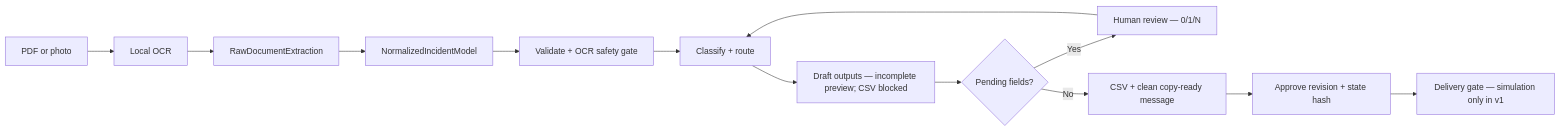
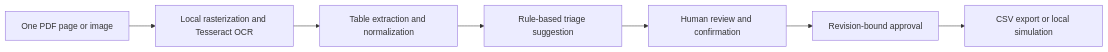
The diagram in README.md (JoaoMiltzarek/security-shift-intake), drawn with Mermaid before and after one commit. The commit also changed other lines of this file and 2 other files, not shown here.

````diff
--- a/README.md
+++ b/README.md
@@ -41,15 +22,9 @@
 ```mermaid
 flowchart LR
-    A["PDF or photo"] --> B["Local OCR"]
-    B --> C["RawDocumentExtraction"]
-    C --> D["NormalizedIncidentModel"]
-    D --> E["Validate + OCR safety gate"]
-    E --> F["Classify + route"]
-    F --> G["Draft outputs — incomplete preview; CSV blocked"]
-    G --> H{"Pending fields?"}
-    H -- "Yes" --> I["Human review — 0/1/N"]
-    I --> F
-    H -- "No" --> K["CSV + clean copy-ready message"]
-    K --> J["Approve revision + state hash"]
-    J --> L["Delivery gate — simulation only in v1"]
+    A["One PDF page or image"] --> B["Local rasterization and Tesseract OCR"]
+    B --> C["Table extraction and normalization"]
+    C --> D["Rule-based triage suggestion"]
+    D --> E["Human review and confirmation"]
+    E --> F["Revision-bound approval"]
+    F --> G["CSV export or local simulation"]
 ```
````
